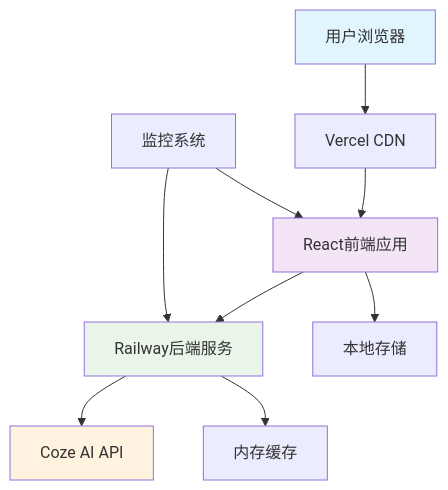
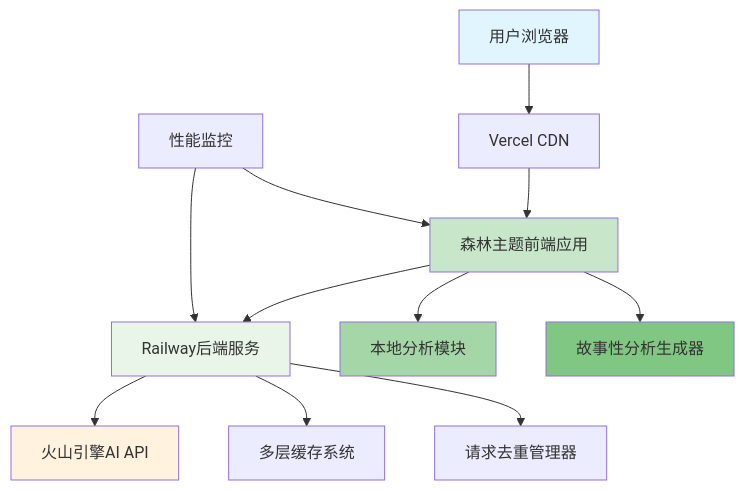
One commit to yangzhiying0518/shaker-cocktail-app changed the diagram in 文档/技术规格.md. Above: the diagram before and after it, drawn with Mermaid. The commit also changed other lines of this file and 6 other files, not shown here.

````diff
--- a/文档/技术规格.md
+++ b/文档/技术规格.md
@@ -56,18 +59,22 @@
 ```mermaid
 graph TB
     A[用户浏览器] --> B[Vercel CDN]
-    B --> C[React前端应用]
+    B --> C[森林主题前端应用]
     C --> D[Railway后端服务]
-    D --> E[Coze AI API]
+    D --> E[火山引擎AI API]
     
-    C --> F[本地存储]
-    D --> G[内存缓存]
+    C --> F[本地分析模块]
+    C --> G[故事性分析生成器]
+    D --> H[多层缓存系统]
+    D --> I[请求去重管理器]
     
-    H[监控系统] --> C
-    H --> D
+    J[性能监控] --> C
+    J --> D
     
     style A fill:#e1f5fe
-    style C fill:#f3e5f5
+    style C fill:#c8e6c9
     style D fill:#e8f5e8
     style E fill:#fff3e0
+    style F fill:#a5d6a7
+    style G fill:#81c784
 ```
````
